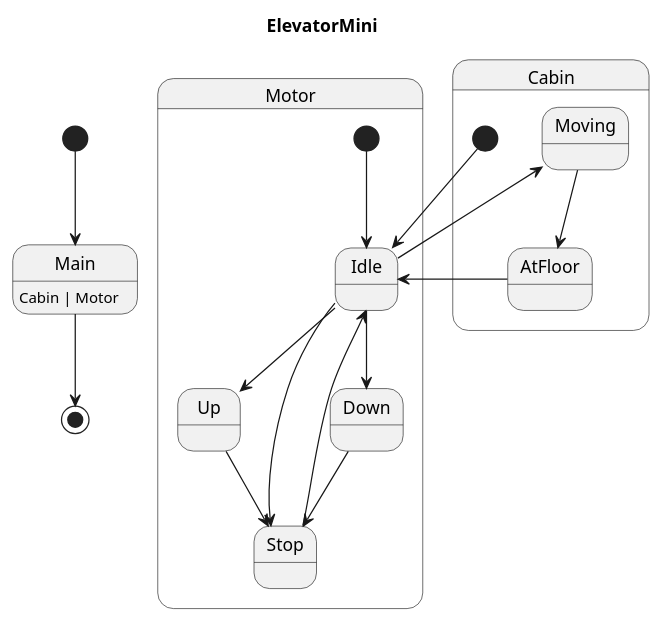
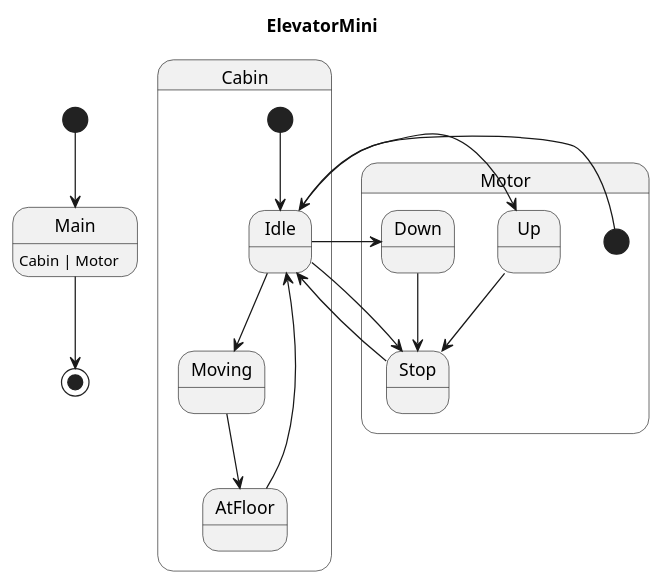
Before and after one commit to Pastor/Takt: the diagram in examples/generated/plantuml/elevator_mini.puml, drawn with PlantUML. The commit also changed other lines of this file and 123 other files, not shown here.

```diff
--- a/examples/generated/plantuml/elevator_mini.puml
+++ b/examples/generated/plantuml/elevator_mini.puml
@@ -1,25 +1,25 @@
 @startuml
 title ElevatorMini
 
 [*] --> Main
 Main : Cabin | Motor
 Main --> [*]
 
+state Cabin {
+    [*] --> Idle
+    AtFloor --> Idle
+    Idle --> Moving
+    Moving --> AtFloor
+}
+
 state Motor {
     [*] --> Idle
     Up --> Stop
+    Down --> Stop
+    Stop --> Idle
     Idle --> Up
     Idle --> Down
     Idle --> Stop
-    Down --> Stop
-    Stop --> Idle
-}
-
-state Cabin {
-    [*] --> Idle
-    Moving --> AtFloor
-    AtFloor --> Idle
-    Idle --> Moving
 }
 
 @enduml
```
